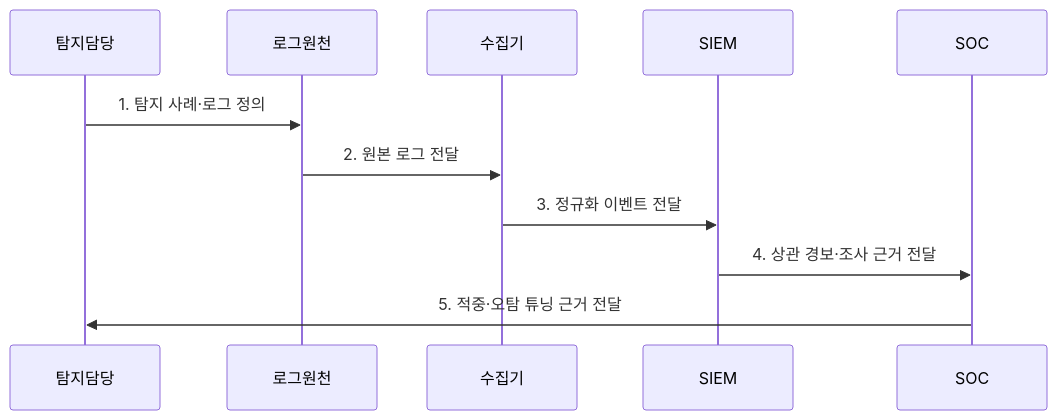
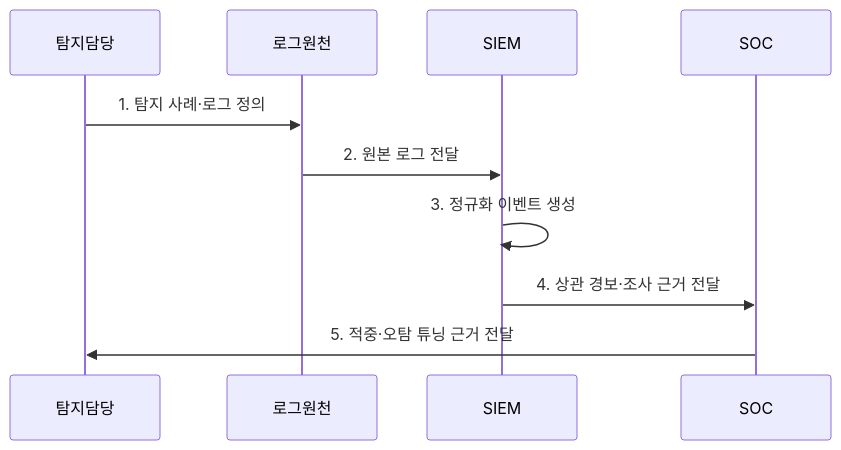
One commit to agnusdei1207/knowledge-base changed the second of 2 diagrams in src/content/docs/notes/05-security/035_siem.md. Above: the diagram before and after it, drawn with Mermaid. The commit also changed other lines of this file and 8 other files, not shown here.

Commit message:
Simplify security operations sequences

````diff
--- a/src/content/docs/notes/05-security/035_siem.md
+++ b/src/content/docs/notes/05-security/035_siem.md
@@ -103,13 +103,12 @@
 ```mermaid
 sequenceDiagram
     participant 탐지담당
     participant 로그원천
-    participant 수집기
     participant SIEM
     participant SOC
     탐지담당->>로그원천: 1. 탐지 사례·로그 정의
-    로그원천->>수집기: 2. 원본 로그 전달
-    수집기->>SIEM: 3. 정규화 이벤트 전달
+    로그원천->>SIEM: 2. 원본 로그 전달
+    SIEM->>SIEM: 3. 정규화 이벤트 생성
     SIEM->>SOC: 4. 상관 경보·조사 근거 전달
     SOC->>탐지담당: 5. 적중·오탐 튜닝 근거 전달
 ```
````
